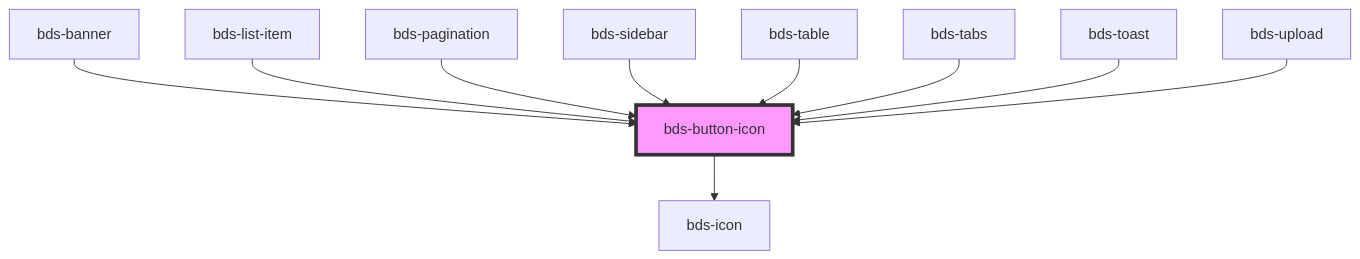
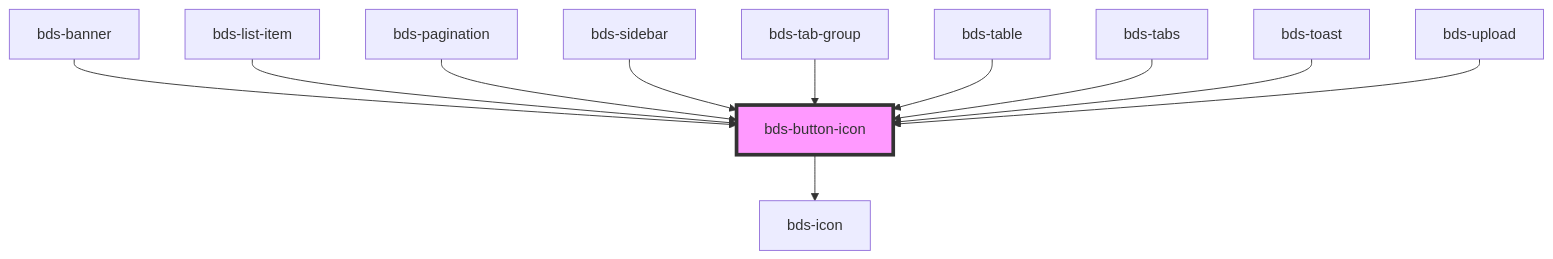
The diagram in src/components/icon-button/readme.md (takenet/blip-ds), drawn with Mermaid before and after one commit. The commit also changed other lines of this file and 11 other files, not shown here.

Commit message:
feat(tapgroup): add new component tabGroup

````diff
--- a/src/components/icon-button/readme.md
+++ b/src/components/icon-button/readme.md
@@ -37,13 +38,14 @@
 ```mermaid
 graph TD;
   bds-button-icon --> bds-icon
   bds-banner --> bds-button-icon
   bds-list-item --> bds-button-icon
   bds-pagination --> bds-button-icon
   bds-sidebar --> bds-button-icon
+  bds-tab-group --> bds-button-icon
   bds-table --> bds-button-icon
   bds-tabs --> bds-button-icon
   bds-toast --> bds-button-icon
   bds-upload --> bds-button-icon
   style bds-button-icon fill:#f9f,stroke:#333,stroke-width:4px
 ```
````
